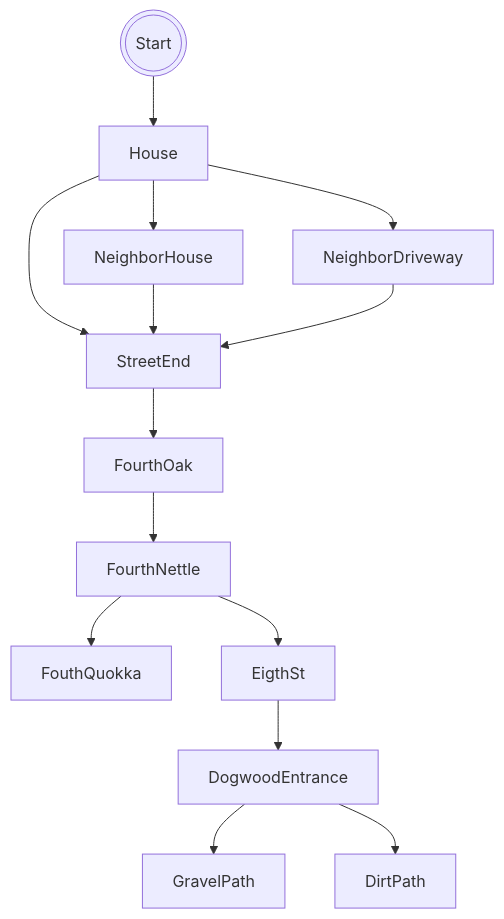
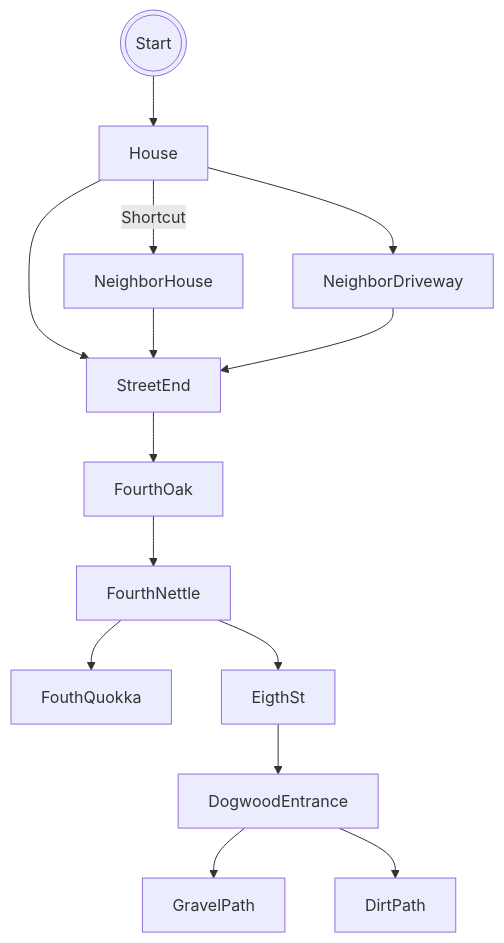
Before and after one commit to MRC8git/MRC8git.github.io: the diagram in projects/game/README.md, drawn with Mermaid.

````diff
--- a/projects/game/README.md
+++ b/projects/game/README.md
@@ -9,16 +9,16 @@
 ```mermaid
 graph TD;
     Start(((Start)))-->House;
-    House-->NeighborHouse;
+    House-->|Shortcut| NeighborHouse;
     House-->StreetEnd;
     House-->NeighborDriveway;
     NeighborHouse-->StreetEnd
     NeighborDriveway-->StreetEnd;
     StreetEnd-->FourthOak;
     FourthOak-->FourthNettle;
     FourthNettle-->FouthQuokka;
     FourthNettle-->EigthSt;
     EigthSt-->DogwoodEntrance;
     DogwoodEntrance-->GravelPath;
     DogwoodEntrance-->DirtPath;
 ```
````
